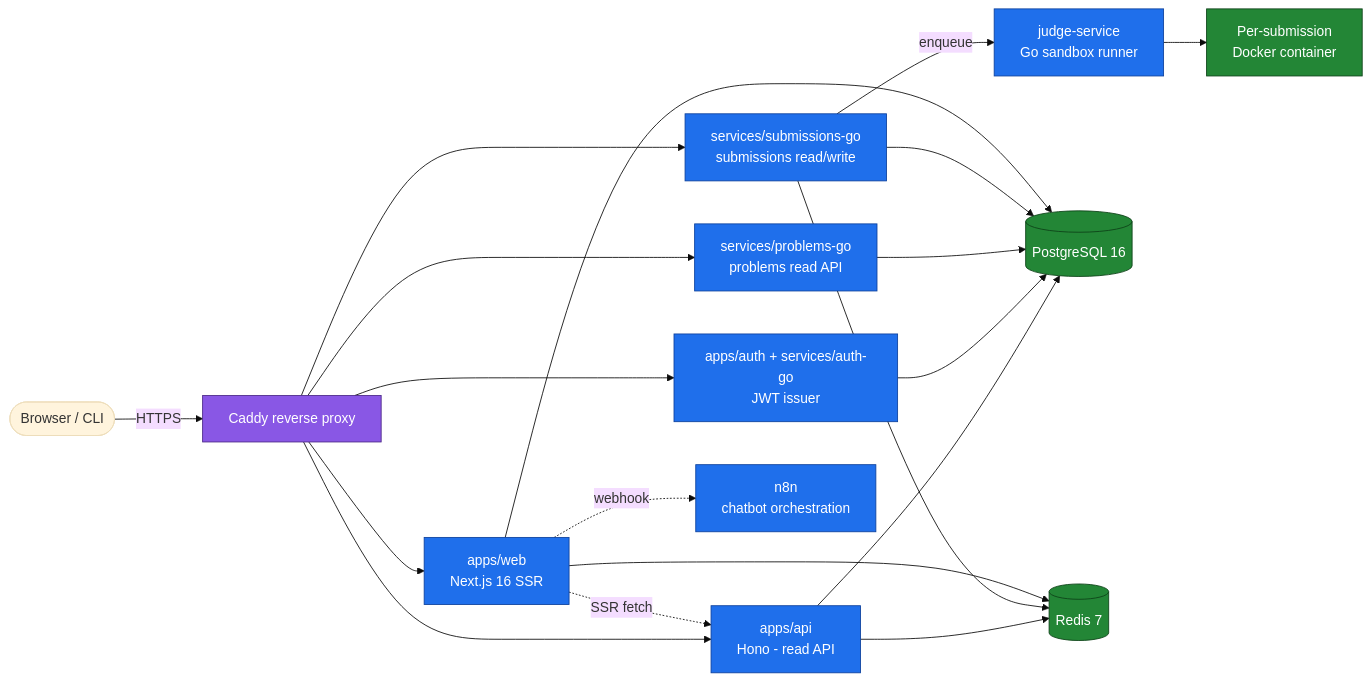
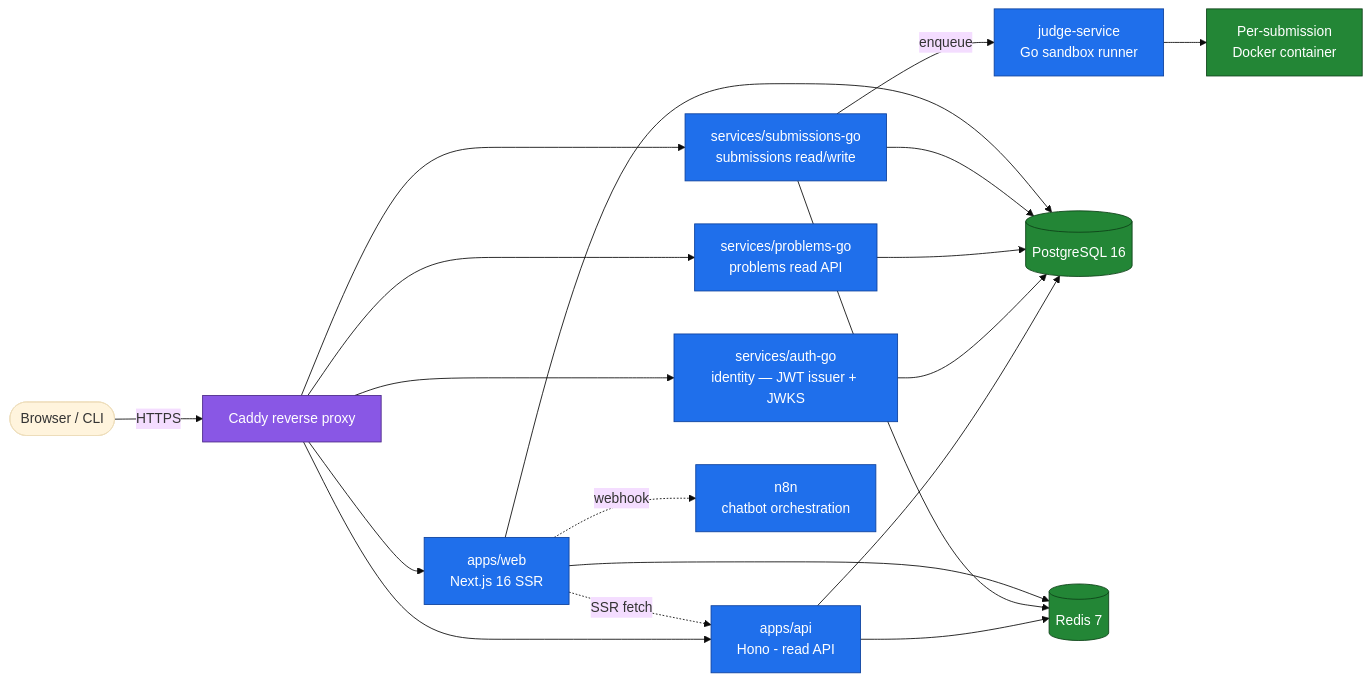
Before and after one commit to JasonTM17/Leetrank_Project: the diagram in README.md, drawn with Mermaid (base theme). The commit also changed other lines of this file and 10 other files, not shown here.

Commit message:
docs: update runbooks + README + CONTRIBUTING for apps/auth retirement

````diff
--- a/README.md
+++ b/README.md
@@ -80,34 +80,34 @@
 ```mermaid
 flowchart LR
     User([Browser / CLI]) -->|HTTPS| Caddy[Caddy reverse proxy]
 
     Caddy --> Web[apps/web<br/>Next.js 16 SSR]
     Caddy --> API[apps/api<br/>Hono - read API]
-    Caddy --> Auth[apps/auth + services/auth-go<br/>JWT issuer]
+    Caddy --> Auth[services/auth-go<br/>identity — JWT issuer + JWKS]
     Caddy --> Problems[services/problems-go<br/>problems read API]
     Caddy --> Submissions[services/submissions-go<br/>submissions read/write]
 
     Web -.SSR fetch.-> API
     Submissions -->|enqueue| Judge[judge-service<br/>Go sandbox runner]
 
     API --> PG[(PostgreSQL 16)]
     Auth --> PG
     Problems --> PG
     Submissions --> PG
     Web --> PG
 
     API --> Redis[(Redis 7)]
     Submissions --> Redis
     Web --> Redis
 
     Web -.webhook.-> N8N[n8n<br/>chatbot orchestration]
 
     Judge --> Sandbox[Per-submission<br/>Docker container]
 
     classDef svc fill:#1f6feb,stroke:#0d419d,color:#fff
     classDef store fill:#238636,stroke:#0d4218,color:#fff
     classDef edge fill:#8957e5,stroke:#4c2889,color:#fff
     class Web,API,Auth,Problems,Submissions,Judge,N8N svc
     class PG,Redis,Sandbox store
     class Caddy edge
 ```
````
